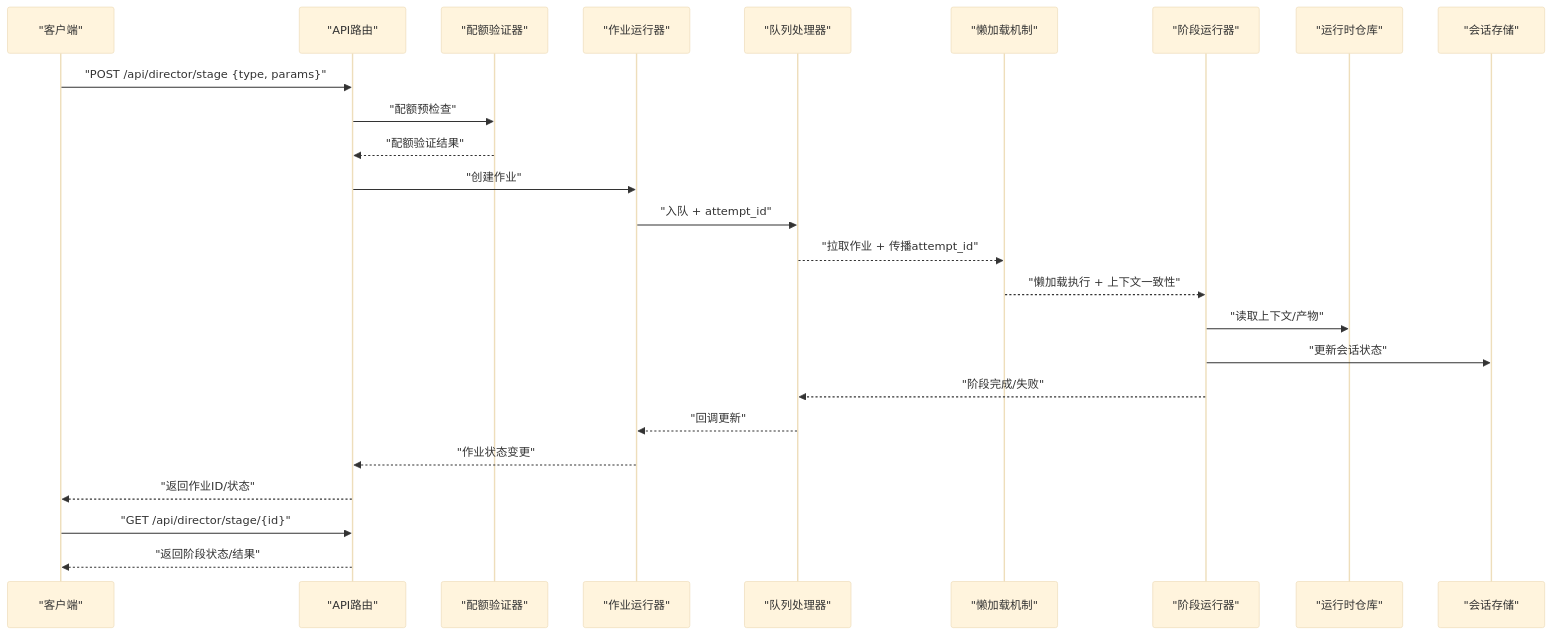
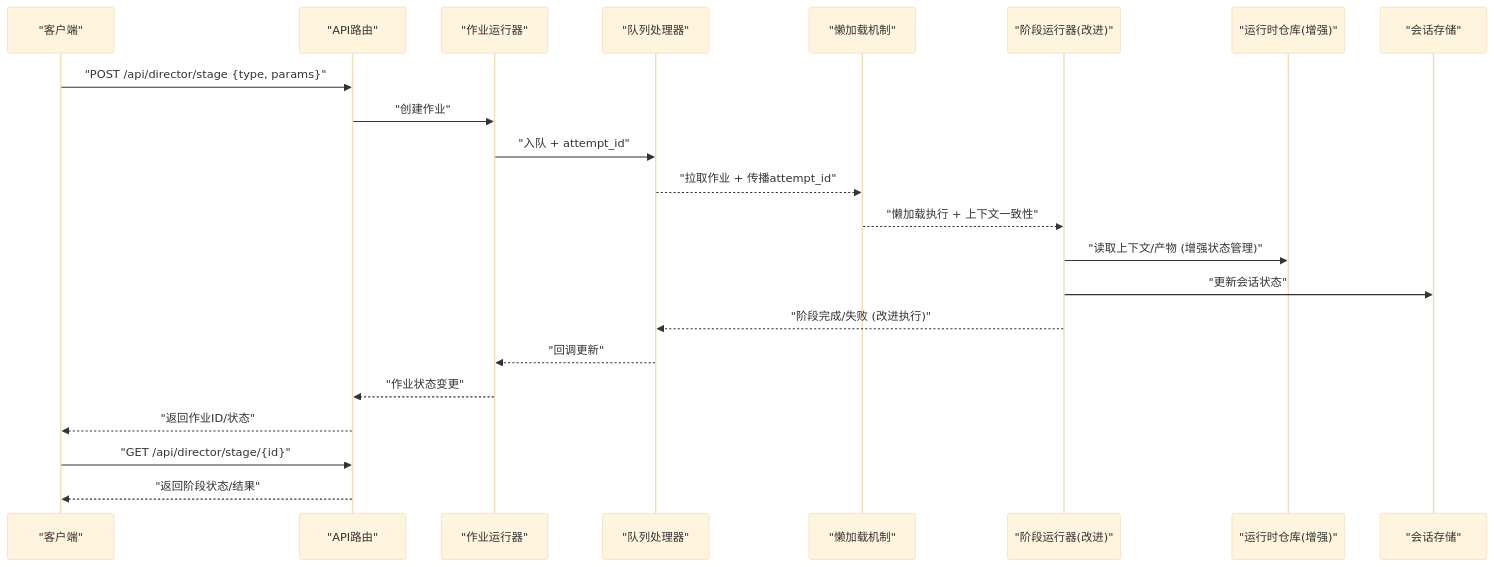
One commit to scottcwy/PurpleInk changed the second of 3 diagrams in .qoder/repowiki/zh/content/API参考/导演系统API/阶段执行API.md. Above: the diagram before and after it, drawn with Mermaid (base theme). The commit also changed other lines of this file and 23 other files, not shown here.

````diff
--- a/.qoder/repowiki/zh/content/API参考/导演系统API/阶段执行API.md
+++ b/.qoder/repowiki/zh/content/API参考/导演系统API/阶段执行API.md
@@ -148,27 +146,24 @@
 ```mermaid
 sequenceDiagram
 participant C as "客户端"
 participant API as "API路由"
-participant QV as "配额验证器"
 participant JR as "作业运行器"
 participant Q as "队列处理器"
 participant LL as "懒加载机制"
-participant SR as "阶段运行器"
-participant RR as "运行时仓库"
+participant SR as "阶段运行器(改进)"
+participant RR as "运行时仓库(增强)"
 participant SS as "会话存储"
 C->>API : "POST /api/director/stage {type, params}"
-API->>QV : "配额预检查"
-QV-->>API : "配额验证结果"
 API->>JR : "创建作业"
 JR->>Q : "入队 + attempt_id"
 Q-->>LL : "拉取作业 + 传播attempt_id"
 LL-->>SR : "懒加载执行 + 上下文一致性"
-SR->>RR : "读取上下文/产物"
+SR->>RR : "读取上下文/产物 (增强状态管理)"
 SR->>SS : "更新会话状态"
-SR-->>Q : "阶段完成/失败"
+SR-->>Q : "阶段完成/失败 (改进执行)"
 Q-->>JR : "回调更新"
 JR-->>API : "作业状态变更"
 API-->>C : "返回作业ID/状态"
 C->>API : "GET /api/director/stage/{id}"
 API-->>C : "返回阶段状态/结果"
 ```
````
